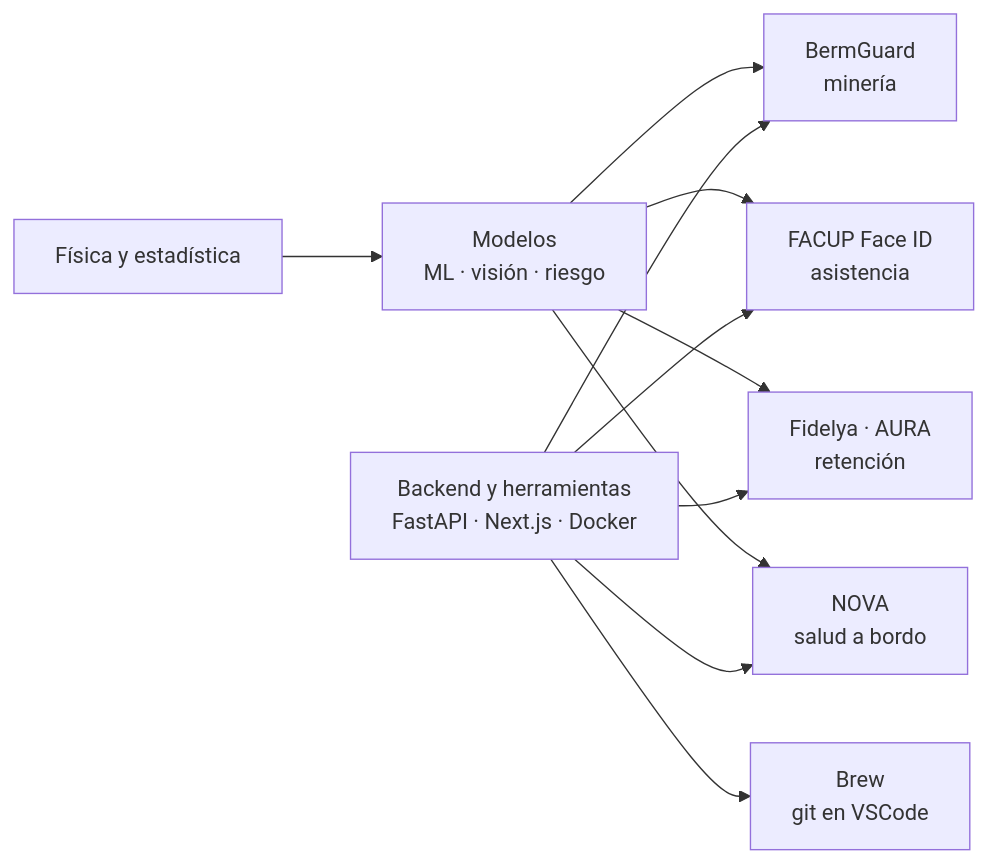
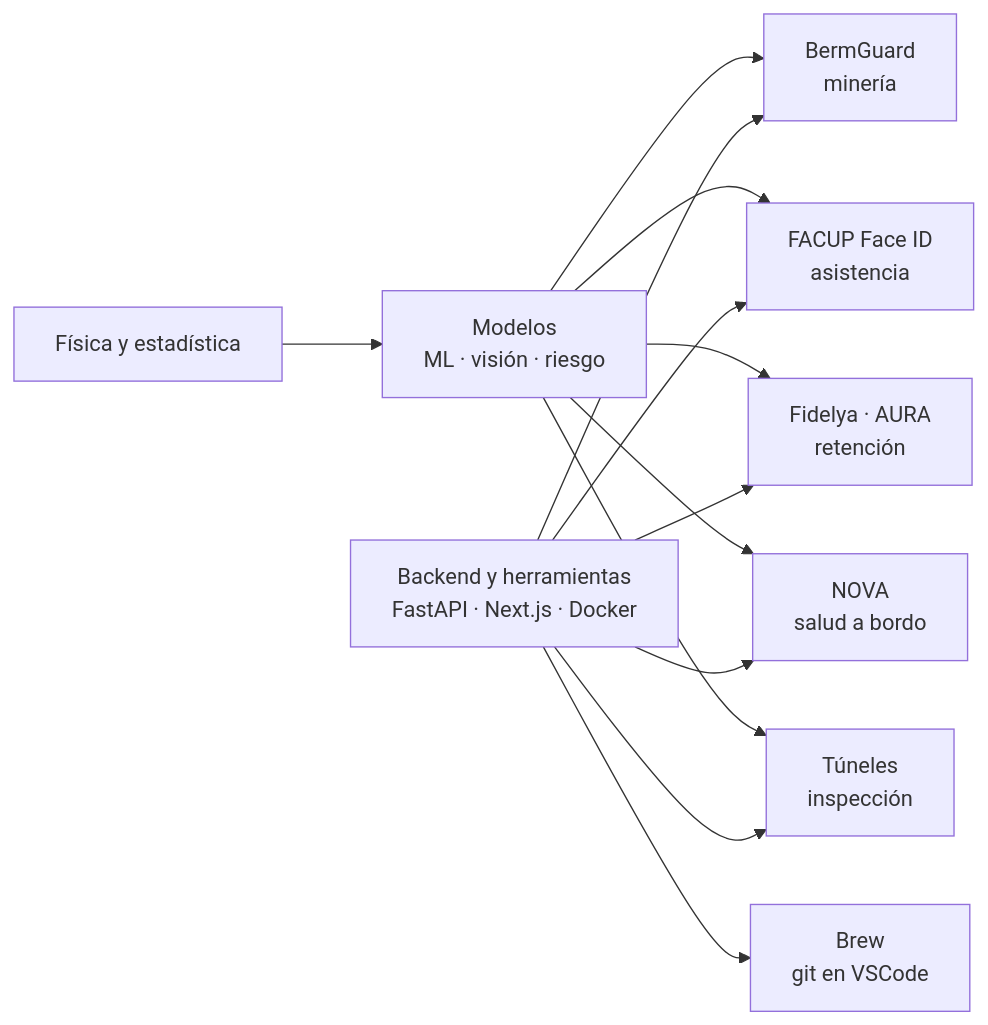
The diagram in README.md (xSempiternus/xSempiternus), drawn with Mermaid before and after one commit. The commit also changed other lines of this file and 5 other files, not shown here.

````diff
--- a/README.md
+++ b/README.md
@@ -109,13 +136,15 @@
 ```mermaid
 flowchart LR
     F["Física y estadística"] --> M["Modelos<br/>ML · visión · riesgo"]
     M --> B["BermGuard<br/>minería"]
     M --> A["FACUP Face ID<br/>asistencia"]
     M --> D["Fidelya · AURA<br/>retención"]
     M --> N["NOVA<br/>salud a bordo"]
+    M --> E["Túneles<br/>inspección"]
     T["Backend y herramientas<br/>FastAPI · Next.js · Docker"] --> B
     T --> A
     T --> D
     T --> N
+    T --> E
     T --> W["Brew<br/>git en VSCode"]
 ```
````
